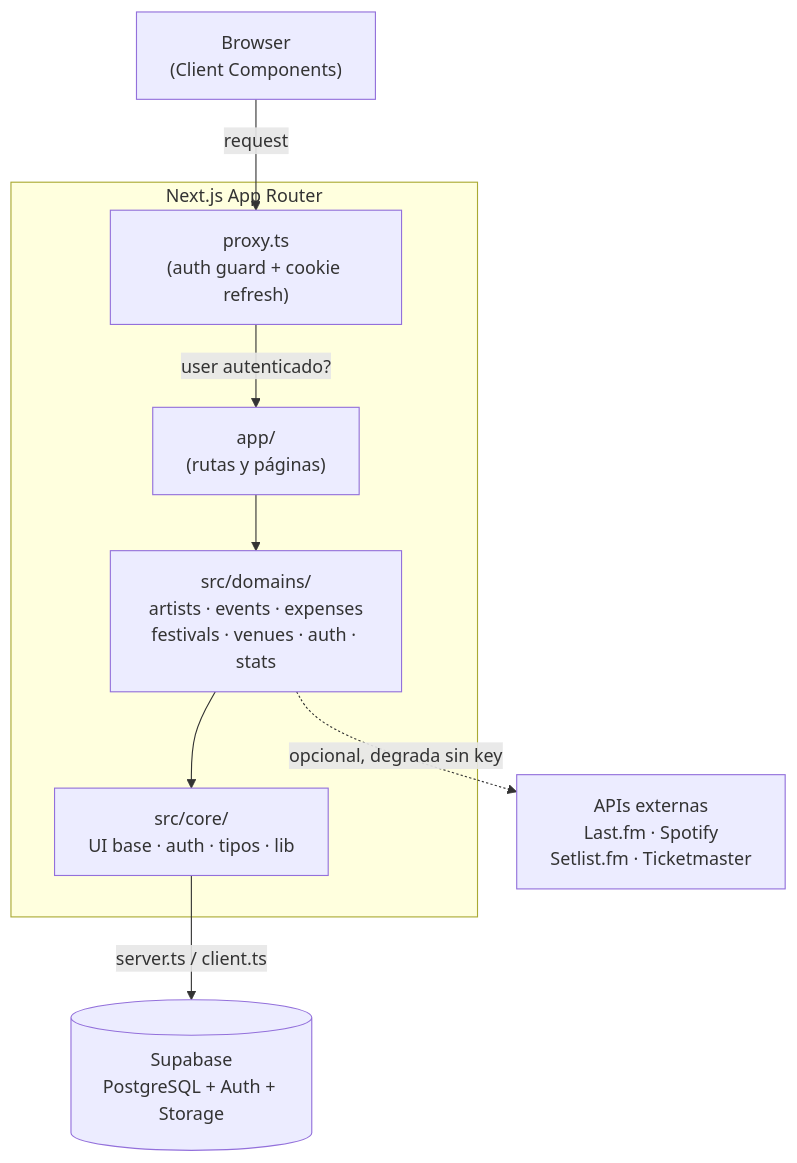
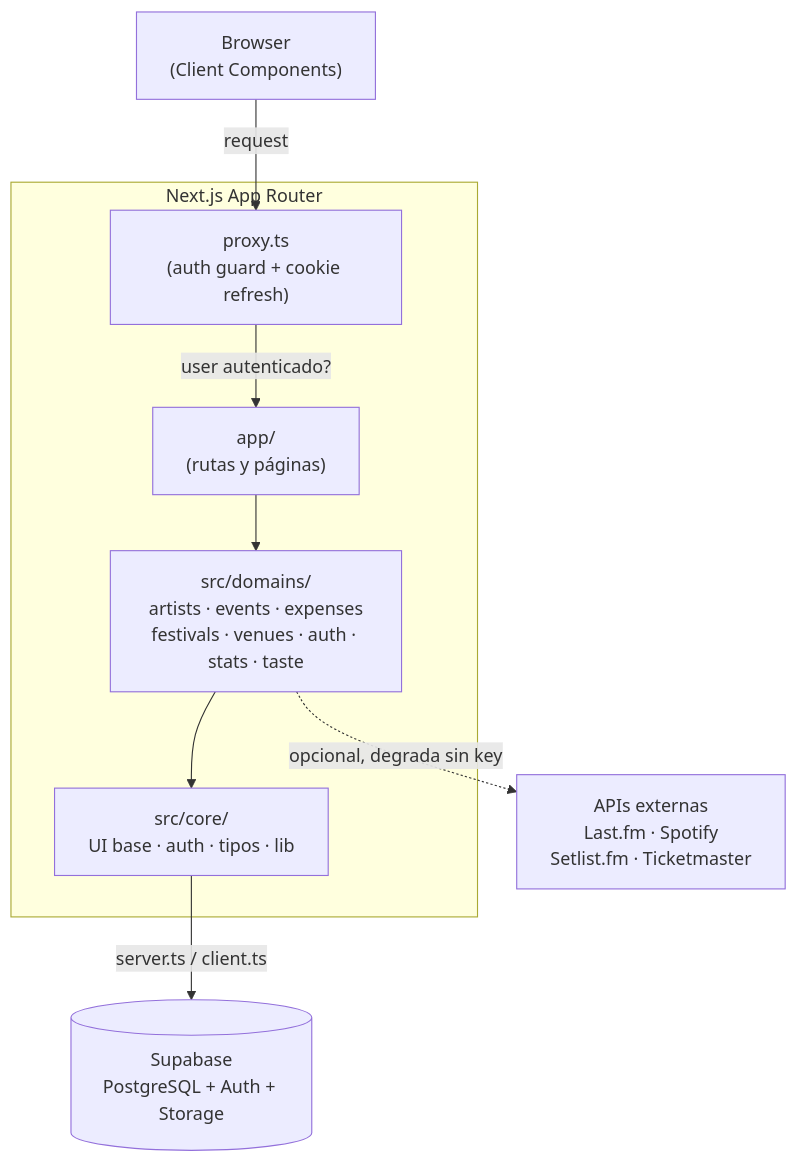
The diagram in README.md (Lantieridev/Ritual), drawn with Mermaid before and after one commit. The commit also changed other lines of this file and 11 other files, not shown here.

````diff
--- a/README.md
+++ b/README.md
@@ -93,21 +93,21 @@
 ```mermaid
 flowchart TB
     Browser["Browser\n(Client Components)"]
 
     subgraph NextApp["Next.js App Router"]
         Middleware["proxy.ts\n(auth guard + cookie refresh)"]
         Routes["app/\n(rutas y páginas)"]
-        Domains["src/domains/\nartists · events · expenses\nfestivals · venues · auth · stats"]
+        Domains["src/domains/\nartists · events · expenses\nfestivals · venues · auth · stats · taste"]
         Core["src/core/\nUI base · auth · tipos · lib"]
     end
 
     Supabase[("Supabase\nPostgreSQL + Auth + Storage")]
     External["APIs externas\nLast.fm · Spotify\nSetlist.fm · Ticketmaster"]
 
     Browser -->|request| Middleware
     Middleware -->|user autenticado?| Routes
     Routes --> Domains
     Domains --> Core
     Core -->|server.ts / client.ts| Supabase
     Domains -.->|opcional, degrada sin key| External
 ```
````
